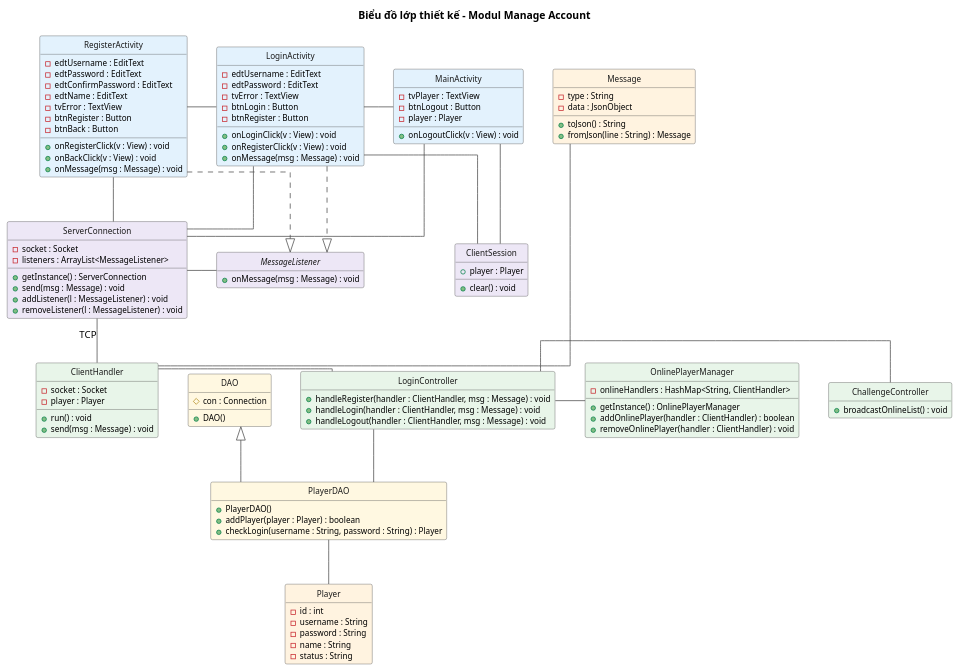
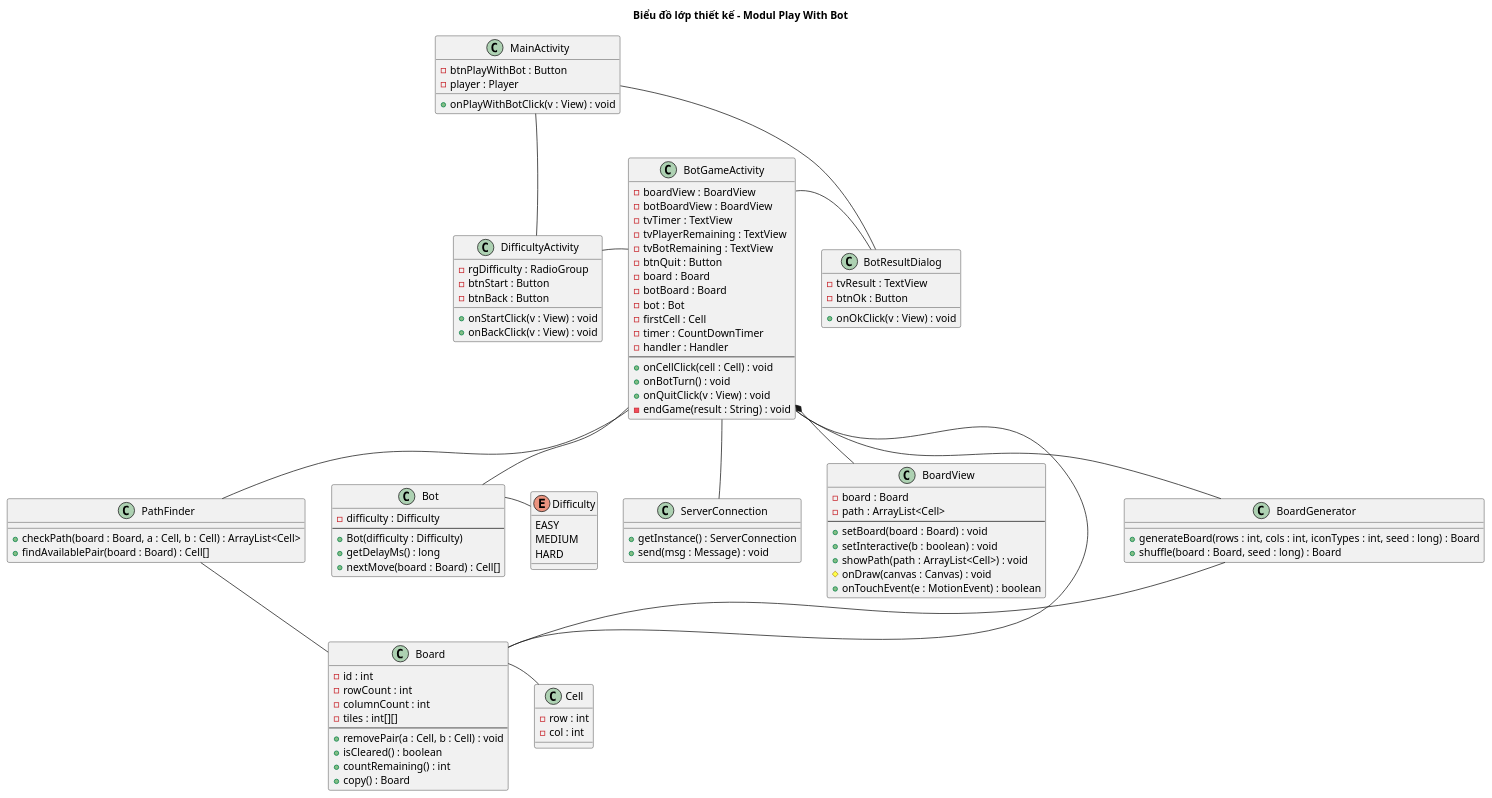
One commit to VattenL/mobile-pikachu changed the diagram in docs/uml/pha3/class-design-m1.puml. Above: the diagram before and after it, drawn with PlantUML. The commit also changed 6 other files, not shown here.

```diff
--- a/docs/uml/pha3/class-design-m1.puml
+++ b/docs/uml/pha3/class-design-m1.puml
@@ -1,149 +1,165 @@
-@startuml class-design-m1
-title Biểu đồ lớp thiết kế - Modul Manage Account
+@startuml
+title Biểu đồ lớp thiết kế - Modul Play With Bot
 
-hide circle
-hide empty members
-skinparam shadowing false
-skinparam linetype ortho
-skinparam nodesep 40
-skinparam ranksep 60
-skinparam classFontSize 13
-skinparam classAttributeFontSize 11
-skinparam class {
-  BorderColor #4A4A4A
-  ArrowColor #4A4A4A
-  FontColor #1A1A1A
+' ========================================================
+' TẦNG 1: GIAO DIỆN CLIENT
+' ========================================================
+class MainActivity {
+  - btnPlayWithBot : Button
+  - player : Player
+  + onPlayWithBotClick(v : View) : void
 }
 
-' ===== Client Android: tang giao dien =====
-class RegisterActivity #E3F2FD {
-  - edtUsername : EditText
-  - edtPassword : EditText
-  - edtConfirmPassword : EditText
-  - edtName : EditText
-  - tvError : TextView
-  - btnRegister : Button
+class DifficultyActivity {
+  - rgDifficulty : RadioGroup
+  - btnStart : Button
   - btnBack : Button
-  + onRegisterClick(v : View) : void
+  + onStartClick(v : View) : void
   + onBackClick(v : View) : void
-  + onMessage(msg : Message) : void
 }
 
-class LoginActivity #E3F2FD {
-  - edtUsername : EditText
-  - edtPassword : EditText
-  - tvError : TextView
-  - btnLogin : Button
-  - btnRegister : Button
-  + onLoginClick(v : View) : void
-  + onRegisterClick(v : View) : void
-  + onMessage(msg : Message) : void
+class BotGameActivity {
+  - boardView : BoardView
+  - botBoardView : BoardView
+  - tvTimer : TextView
+  - tvPlayerRemaining : TextView
+  - tvBotRemaining : TextView
+  - btnQuit : Button
+  - board : Board
+  - botBoard : Board
+  - bot : Bot
+  - firstCell : Cell
+  - timer : CountDownTimer
+  - handler : Handler
+  --
+  + onCellClick(cell : Cell) : void
+  + onBotTurn() : void
+  + onQuitClick(v : View) : void
+  - endGame(result : String) : void
 }
 
-class MainActivity #E3F2FD {
-  - tvPlayer : TextView
-  - btnLogout : Button
-  - player : Player
-  + onLogoutClick(v : View) : void
+class BotResultDialog {
+  - tvResult : TextView
+  - btnOk : Button
+  + onOkClick(v : View) : void
 }
 
-' ===== Client Android: tang mang =====
-class ServerConnection #EDE7F6 {
-  - socket : Socket
-  - listeners : ArrayList<MessageListener>
-  + getInstance() : ServerConnection
-  + send(msg : Message) : void
-  + addListener(l : MessageListener) : void
-  + removeListener(l : MessageListener) : void
+' ========================================================
+' TẦNG 2: LOGIC XỬ LÝ GAME, THUẬT TOÁN, VIEW VÀ SERVER
+' ========================================================
+class PathFinder {
+  + checkPath(board : Board, a : Cell, b : Cell) : ArrayList<Cell>
+  + findAvailablePair(board : Board) : Cell[]
 }
 
-interface MessageListener #EDE7F6 {
-  + onMessage(msg : Message) : void
+class Bot {
+  - difficulty : Difficulty
+  --
+  + Bot(difficulty : Difficulty)
+  + getDelayMs() : long
+  + nextMove(board : Board) : Cell[]
 }
 
-class ClientSession #EDE7F6 {
-  + player : Player
-  + clear() : void
+enum Difficulty {
+  EASY
+  MEDIUM
+  HARD
 }
 
-' ===== Server: tang dieu khien =====
-class ClientHandler #E8F5E9 {
-  - socket : Socket
-  - player : Player
-  + run() : void
+class ServerConnection {
+  + getInstance() : ServerConnection
   + send(msg : Message) : void
 }
 
-class LoginController #E8F5E9 {
-  + handleRegister(handler : ClientHandler, msg : Message) : void
-  + handleLogin(handler : ClientHandler, msg : Message) : void
-  + handleLogout(handler : ClientHandler, msg : Message) : void
+class BoardView {
+  - board : Board
+  - path : ArrayList<Cell>
+  --
+  + setBoard(board : Board) : void
+  + setInteractive(b : boolean) : void
+  + showPath(path : ArrayList<Cell>) : void
+  # onDraw(canvas : Canvas) : void
+  + onTouchEvent(e : MotionEvent) : boolean
 }
 
-class OnlinePlayerManager #E8F5E9 {
-  - onlineHandlers : HashMap<String, ClientHandler>
-  + getInstance() : OnlinePlayerManager
-  + addOnlinePlayer(handler : ClientHandler) : boolean
-  + removeOnlinePlayer(handler : ClientHandler) : void
+class BoardGenerator {
+  + generateBoard(rows : int, cols : int, iconTypes : int, seed : long) : Board
+  + shuffle(board : Board, seed : long) : Board
 }
 
-class ChallengeController #E8F5E9 {
-  + broadcastOnlineList() : void
+' ========================================================
+' TẦNG 3: CÁC LỚP THỰC THỂ (CORE ENTITY)
+' ========================================================
+class Board {
+  - id : int
+  - rowCount : int
+  - columnCount : int
+  - tiles : int[][]
+  --
+  + removePair(a : Cell, b : Cell) : void
+  + isCleared() : boolean
+  + countRemaining() : int
+  + copy() : Board
 }
 
-' ===== Server: tang DAO =====
-class DAO #FFF8E1 {
-  # con : Connection
-  + DAO()
+class Cell {
+  - row : int
+  - col : int
 }
 
-class PlayerDAO #FFF8E1 {
-  + PlayerDAO()
-  + addPlayer(player : Player) : boolean
-  + checkLogin(username : String, password : String) : Player
-}
+' ========================================================
+' ĐỊNH HƯỚNG BỐ CỤC THEO CHIỀU DỌC (3 TẦNG)
+' ========================================================
+' Hàng ngang Tầng 1
+MainActivity -[hidden]right- DifficultyActivity
+DifficultyActivity -[hidden]right- BotGameActivity
+BotGameActivity -[hidden]right- BotResultDialog
 
-' ===== core: lop thuc the va message =====
-class Message #FFF3E0 {
-  - type : String
-  - data : JsonObject
-  + toJson() : String
-  + fromJson(line : String) : Message
-}
+' Từ Tầng 1 xuống Tầng 2
+MainActivity -[hidden]down- PathFinder
+DifficultyActivity -[hidden]down- Bot
+BotGameActivity -[hidden]down- ServerConnection
+BotResultDialog -[hidden]down- BoardGenerator
 
-class Player #FFF3E0 {
-  - id : int
-  - username : String
-  - password : String
-  - name : String
-  - status : String
-}
+' Hàng ngang Tầng 2
+PathFinder -[hidden]right- Bot
+Bot -[hidden]right- Difficulty
+Difficulty -[hidden]right- ServerConnection
+ServerConnection -[hidden]right- BoardView
+BoardView -[hidden]right- BoardGenerator
 
-' giao dien
-RegisterActivity -right- LoginActivity
-LoginActivity -right- MainActivity
-RegisterActivity ..|> MessageListener
-LoginActivity ..|> MessageListener
+' Từ Tầng 2 xuống Tầng 3
+Bot -[hidden]down- Board
+Difficulty -[hidden]down- Cell
 
-' giao dien - mang
-RegisterActivity -down- ServerConnection
-LoginActivity -down- ServerConnection
-MainActivity -down- ServerConnection
-LoginActivity -down- ClientSession
-MainActivity -down- ClientSession
-ServerConnection -right- MessageListener
+' Hàng ngang Tầng 3
+Board -[hidden]right- Cell
 
-' mang client - server (TCP)
-ServerConnection -down- ClientHandler : TCP
-ClientHandler -right- LoginController
-LoginController -right- OnlinePlayerManager
-LoginController -right- ChallengeController
+' ========================================================
+' CÁC ĐƯỜNG LIÊN KẾT & QUAN HỆ THEO ẢNH
+' ========================================================
+' Tầng 1 liên kết với nhau
+MainActivity -- DifficultyActivity
+DifficultyActivity -- BotGameActivity
+BotGameActivity -- BotResultDialog
+MainActivity -- BotResultDialog
 
-' dieu khien - DAO
-LoginController -down- PlayerDAO
-DAO <|-down- PlayerDAO
+' Tầng 1 nối Tầng 2
+BotGameActivity -- ServerConnection
+BotGameActivity *-- BoardView
+BotGameActivity -- PathFinder
+BotGameActivity -- Bot
+BotGameActivity -- BoardGenerator
 
-' DAO - thuc the
-PlayerDAO -down- Player
-ClientHandler -[norank]- Message
+' Quan hệ nội bộ Tầng 2
+Bot -- Difficulty
+
+' Tầng 2 nối Tầng 3 & Tầng 1 nối Tầng 3
+PathFinder -- Board
+BoardGenerator -- Board
+BotGameActivity -- Board
+
+' Quan hệ nội bộ Tầng 3
+Board -- Cell
+
 @enduml
```
